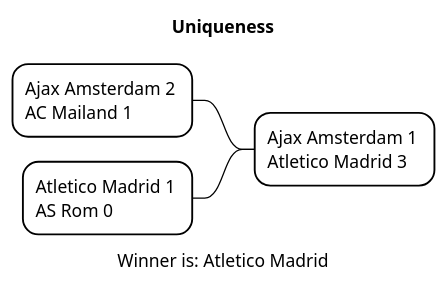
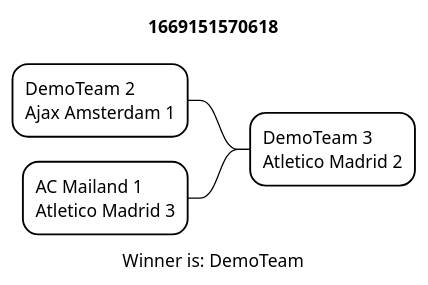
One commit to htl-leonding-project/2022-4ahif-autohaus changed the diagram in plantuml/Result.puml. Above: the diagram before and after it, drawn with PlantUML. The commit also changed 14 other files, not shown here.

```diff
--- a/plantuml/Result.puml
+++ b/plantuml/Result.puml
@@ -1,19 +1,19 @@
-@startmindmap Uniqueness.png
+@startmindmap 1669151570618.png
     <style>
     mindmapDiagram{
         node{
             BackgroundColor White
 
         }
         LineColor Black
     }
     </style>
-title Uniqueness
+title 1669151570618
 
-- Ajax Amsterdam 1 \nAtletico Madrid 3
+- DemoTeam 3 \nAtletico Madrid 2
 
--- Ajax Amsterdam 2 \nAC Mailand 1
+-- DemoTeam 2 \nAjax Amsterdam 1
 
--- Atletico Madrid 1 \nAS Rom 0
-caption Winner is: Atletico Madrid
+-- AC Mailand 1 \nAtletico Madrid 3
+caption Winner is: DemoTeam
 @endmindmap
```
